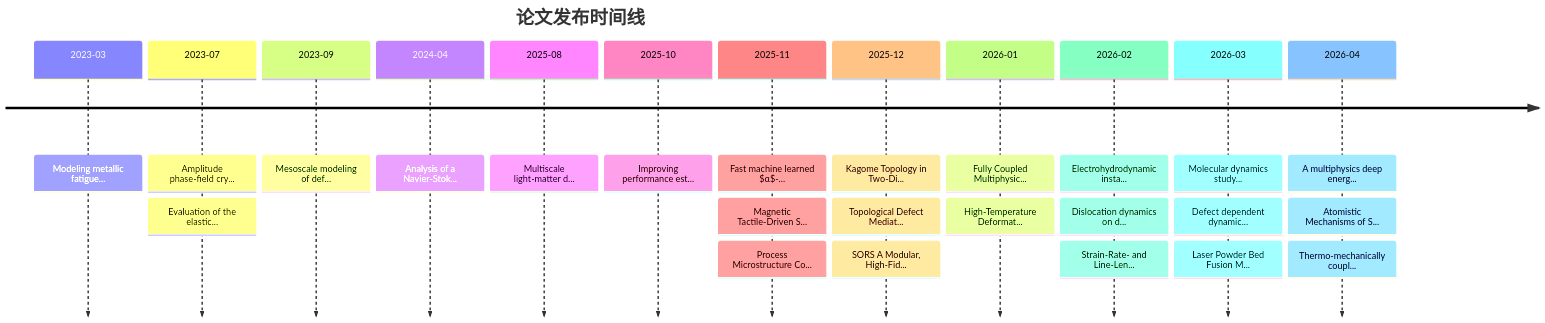
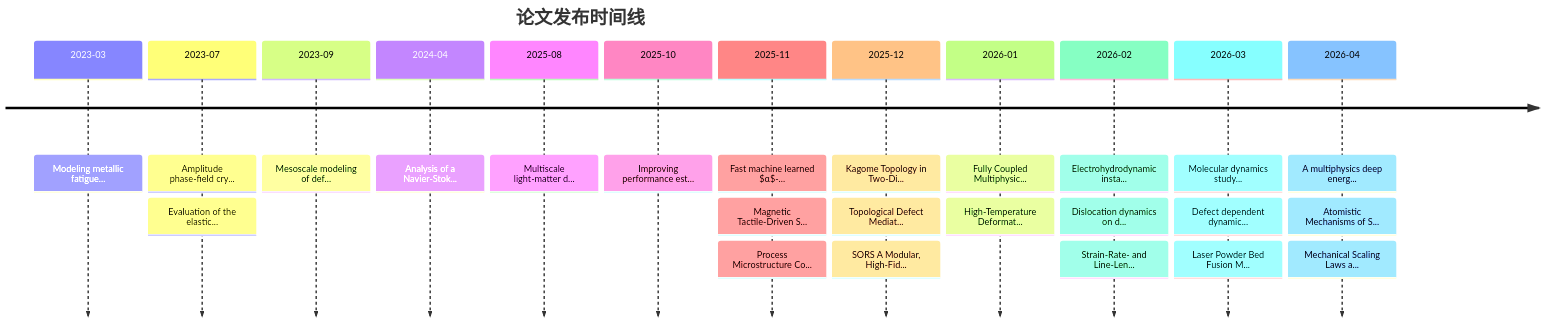
Before and after one commit to Shirakawa11111/BJK_readpaper: the second of 2 diagrams in reports/knowledge_graph.md, drawn with Mermaid. The commit also changed other lines of this file and 11 other files, not shown here.

````diff
--- a/reports/knowledge_graph.md
+++ b/reports/knowledge_graph.md
@@ -119,16 +119,16 @@
 ```mermaid
 timeline
     title 论文发布时间线
     2023-03 : Modeling metallic fatigue...
     2023-07 : Amplitude phase-field cry... : Evaluation of the elastic...
     2023-09 : Mesoscale modeling of def...
     2024-04 : Analysis of a Navier-Stok...
     2025-08 : Multiscale light-matter d...
     2025-10 : Improving performance est...
     2025-11 : Fast machine learned $α$-... : Magnetic Tactile-Driven S... : Process Microstructure Co...
     2025-12 : Kagome Topology in Two-Di... : Topological Defect Mediat... : SORS A Modular, High-Fid...
     2026-01 : Fully Coupled Multiphysic... : High-Temperature Deformat...
     2026-02 : Electrohydrodynamic insta... : Dislocation dynamics on d... : Strain-Rate- and Line-Len...
     2026-03 : Molecular dynamics study... : Defect dependent dynamic... : Laser Powder Bed Fusion M...
-    2026-04 : A multiphysics deep energ... : Atomistic Mechanisms of S... : Thermo-mechanically coupl...
+    2026-04 : A multiphysics deep energ... : Atomistic Mechanisms of S... : Mechanical Scaling Laws a...
 ```
````
